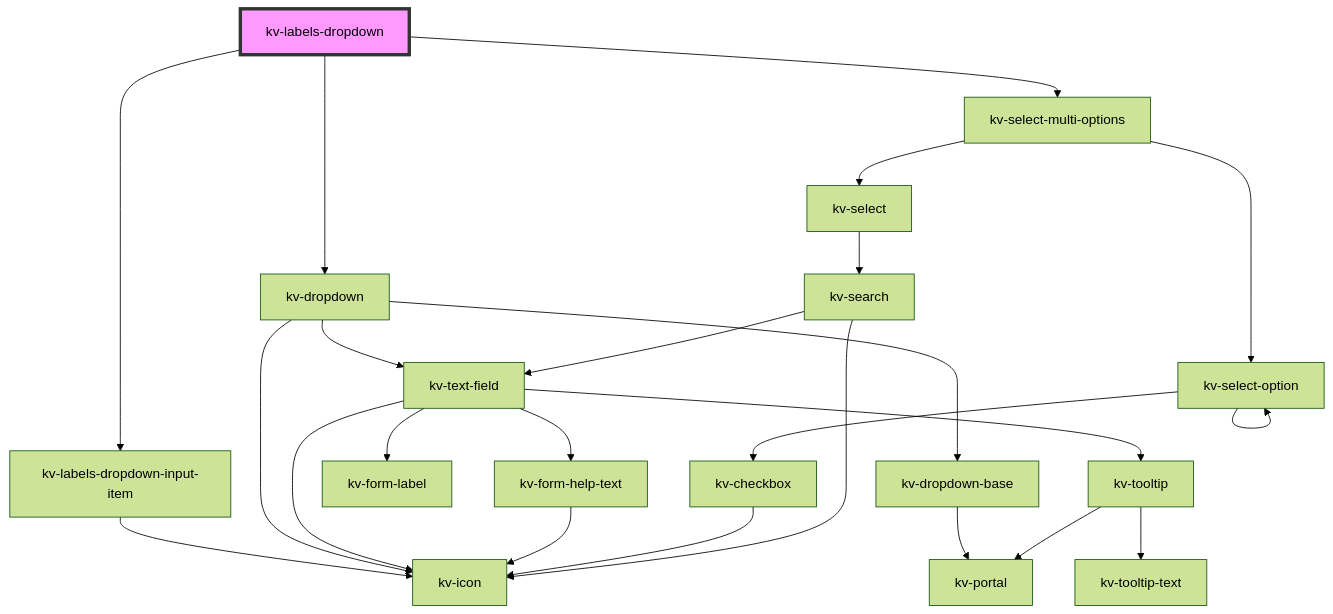
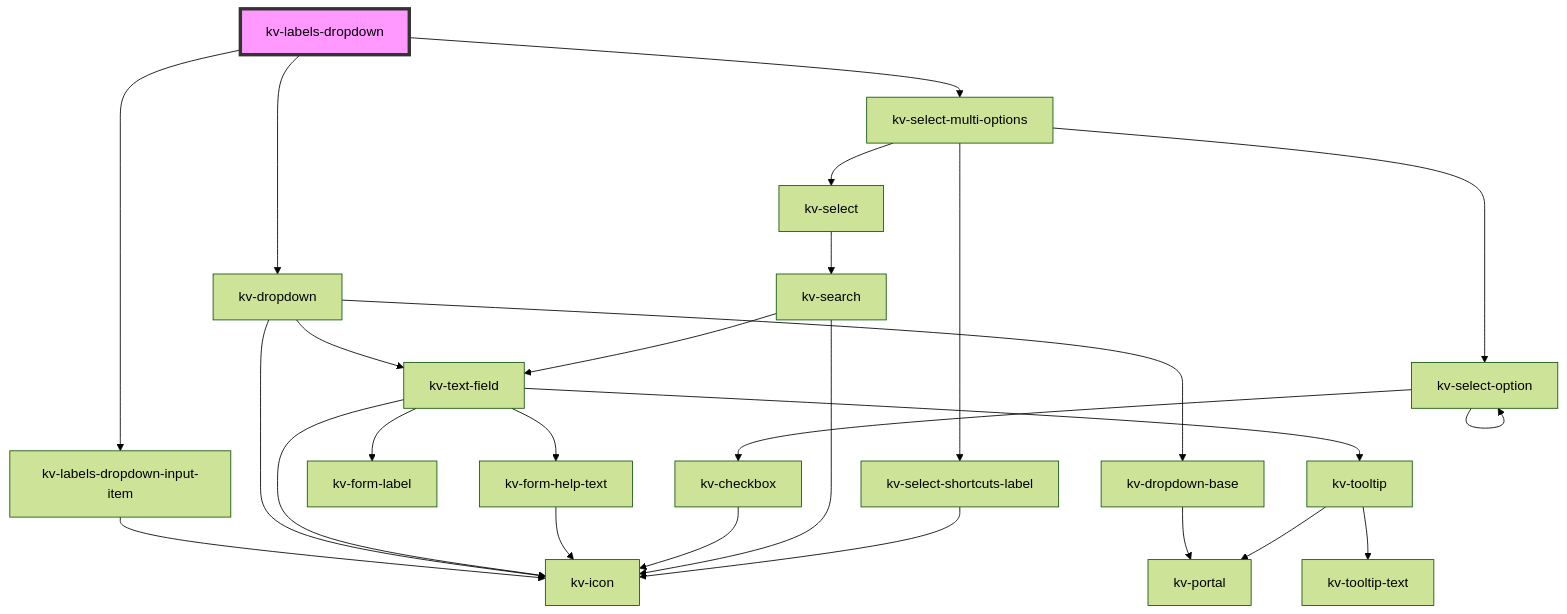
One commit to kelvininc/ui-components changed the diagram in packages/ui-components/src/components/labels-dropdown/readme.md. Above: the diagram before and after it, drawn with Mermaid (forest theme). The commit also changed other lines of this file and 37 other files, not shown here.

````diff
--- a/packages/ui-components/src/components/labels-dropdown/readme.md
+++ b/packages/ui-components/src/components/labels-dropdown/readme.md
@@ -48,27 +49,29 @@
 ```mermaid
 graph TD;
   kv-labels-dropdown --> kv-labels-dropdown-input-item
   kv-labels-dropdown --> kv-dropdown
   kv-labels-dropdown --> kv-select-multi-options
   kv-labels-dropdown-input-item --> kv-icon
   kv-dropdown --> kv-dropdown-base
   kv-dropdown --> kv-text-field
   kv-dropdown --> kv-icon
   kv-dropdown-base --> kv-portal
   kv-text-field --> kv-tooltip
   kv-text-field --> kv-form-label
   kv-text-field --> kv-icon
   kv-text-field --> kv-form-help-text
   kv-tooltip --> kv-portal
   kv-tooltip --> kv-tooltip-text
   kv-form-help-text --> kv-icon
   kv-select-multi-options --> kv-select-option
   kv-select-multi-options --> kv-select
+  kv-select-multi-options --> kv-select-shortcuts-label
   kv-select-option --> kv-checkbox
   kv-select-option --> kv-select-option
   kv-checkbox --> kv-icon
   kv-select --> kv-search
   kv-search --> kv-text-field
   kv-search --> kv-icon
+  kv-select-shortcuts-label --> kv-icon
   style kv-labels-dropdown fill:#f9f,stroke:#333,stroke-width:4px
 ```
````
